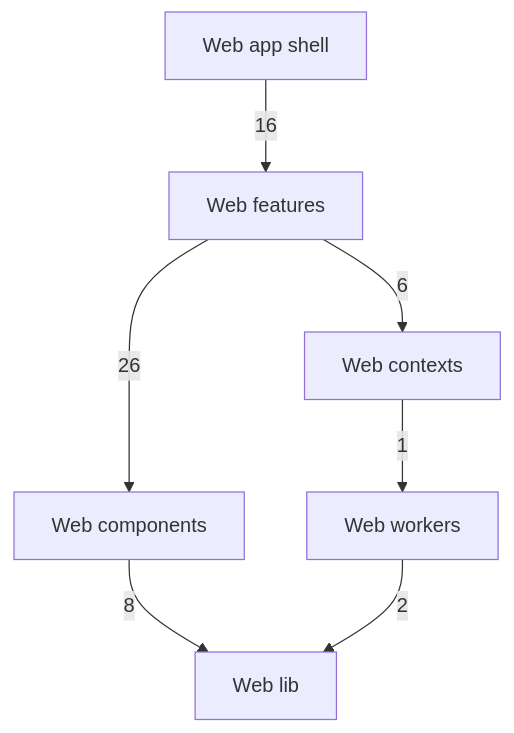
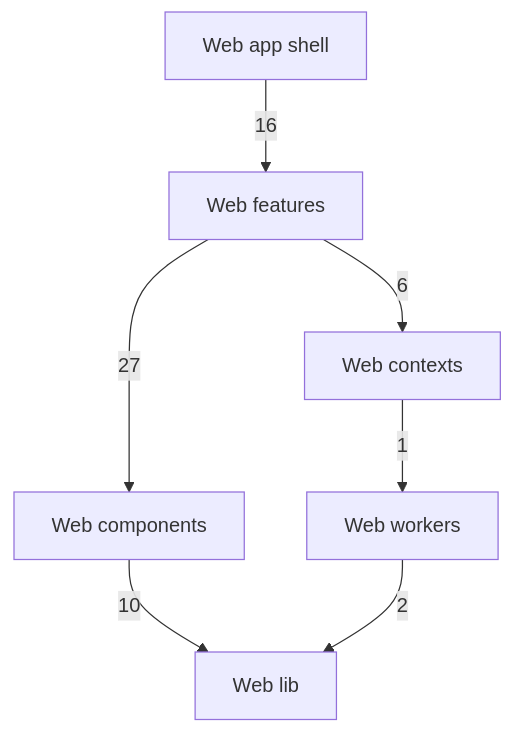
The diagram in docs/atlas/generated/architecture/web-groups.md (EdwinZhanCN/Lumilio-Photos), drawn with Mermaid before and after one commit. The commit also changed other lines of this file and 2 other files, not shown here.

Commit message:
docs(atlas): regenerate the Web module index for components/problem
The Web facts were regenerated as CI does before the Atlas index: the new
components/problem module and its two edges (components -> lib,
features -> components) were missing from the checked-in view.

Claude-Session: https://claude.ai/code/session_0168wckXx8ipAtpanMHWjnj2

````diff
--- a/docs/atlas/generated/architecture/web-groups.md
+++ b/docs/atlas/generated/architecture/web-groups.md
@@ -9,16 +9,16 @@
 ```mermaid
 flowchart TB
     n_web_lib["Web lib"]
     n_web_workers["Web workers"]
     n_web_components["Web components"]
     n_web_contexts["Web contexts"]
     n_web_features["Web features"]
     n_web_app["Web app shell"]
     n_web_app -->|"16"| n_web_features
-    n_web_components -->|"8"| n_web_lib
+    n_web_components -->|"10"| n_web_lib
     n_web_contexts -->|"1"| n_web_workers
-    n_web_features -->|"26"| n_web_components
+    n_web_features -->|"27"| n_web_components
     n_web_features -->|"6"| n_web_contexts
     n_web_workers -->|"2"| n_web_lib
     classDef external stroke-dasharray:4 3
 ```
````
